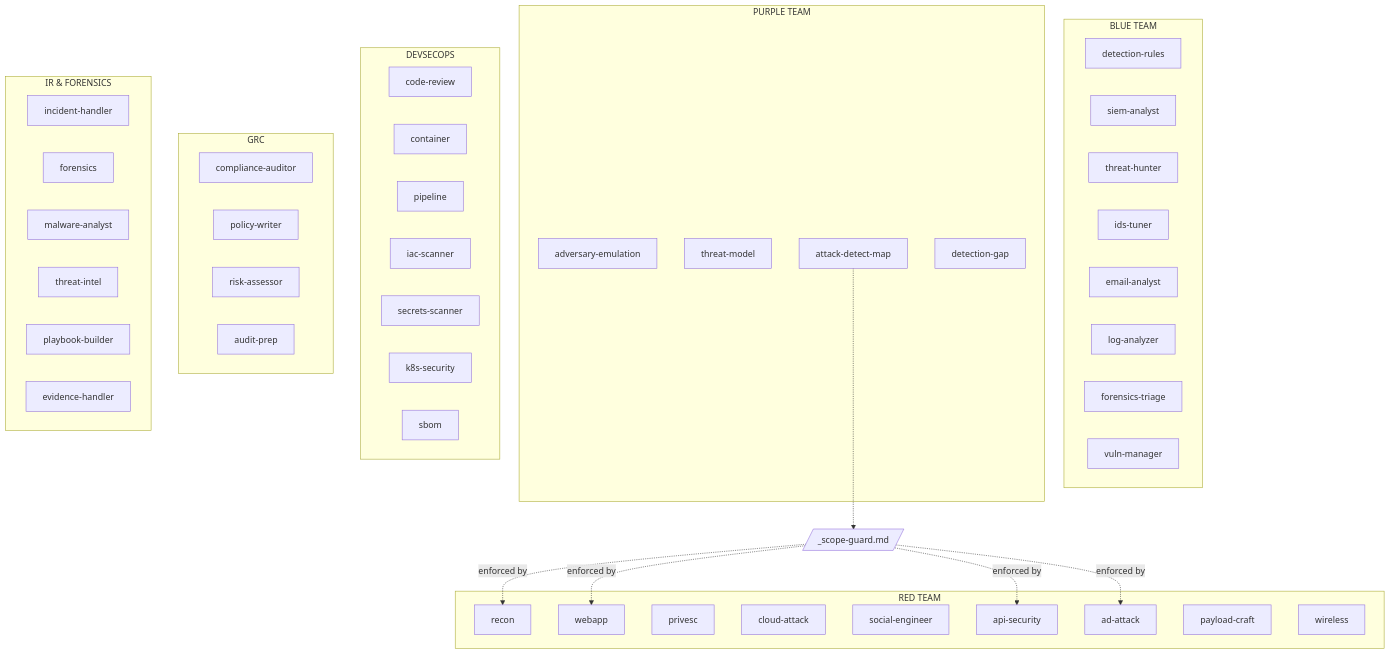
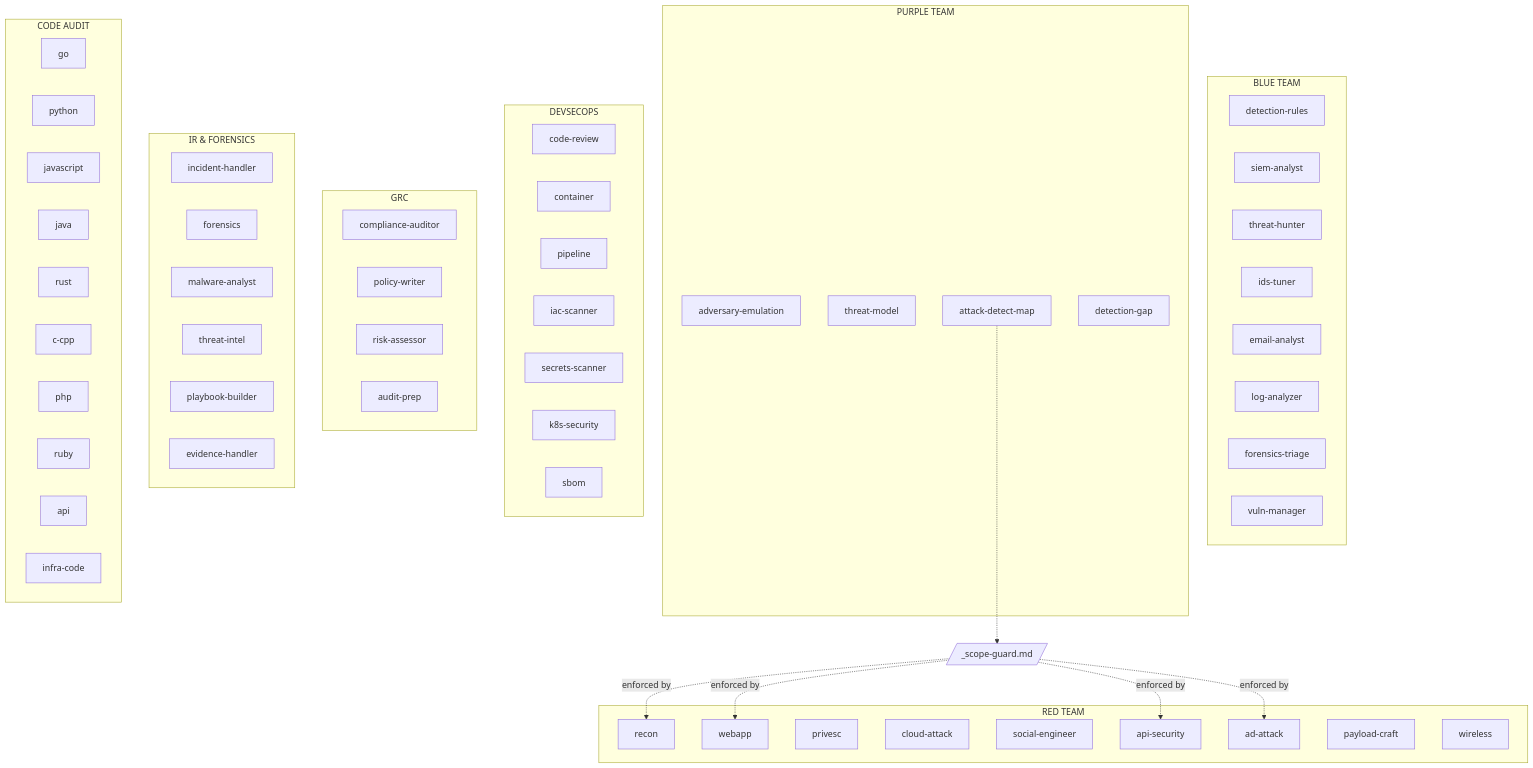
Before and after one commit to AbrahamOP/claude-security-agents: the diagram in README.md, drawn with Mermaid. The commit also changed other lines of this file and 11 other files, not shown here.

First line of the commit message:
feat: code audit category — 10 language-specific agents (48 total)

````diff
--- a/README.md
+++ b/README.md
@@ -67,62 +67,75 @@
 ```mermaid
 graph TB
     subgraph "BLUE TEAM"
         B1[detection-rules]
         B2[siem-analyst]
         B3[threat-hunter]
         B4[ids-tuner]
         B5[email-analyst]
         B6[log-analyzer]
         B7[forensics-triage]
         B8[vuln-manager]
     end
 
     subgraph "RED TEAM"
         R1[recon]
         R2[webapp]
         R3[privesc]
         R4[cloud-attack]
         R5[social-engineer]
         R6[api-security]
         R7[ad-attack]
         R8[payload-craft]
         R9[wireless]
     end
 
     subgraph "PURPLE TEAM"
         P1[adversary-emulation]
         P2[threat-model]
         P3[attack-detect-map]
         P4[detection-gap]
     end
 
     subgraph "DEVSECOPS"
         D1[code-review]
         D2[container]
         D3[pipeline]
         D4[iac-scanner]
         D5[secrets-scanner]
         D6[k8s-security]
         D7[sbom]
     end
 
     subgraph "GRC"
         G1[compliance-auditor]
         G2[policy-writer]
         G3[risk-assessor]
         G4[audit-prep]
     end
 
     subgraph "IR & FORENSICS"
         I1[incident-handler]
         I2[forensics]
         I3[malware-analyst]
         I4[threat-intel]
         I5[playbook-builder]
         I6[evidence-handler]
     end
 
+    subgraph "CODE AUDIT"
+        A1[go]
+        A2[python]
+        A3[javascript]
+        A4[java]
+        A5[rust]
+        A6[c-cpp]
+        A7[php]
+        A8[ruby]
+        A9[api]
+        A10[infra-code]
+    end
+
     SG[/_scope-guard.md/]
     SG -.->|enforced by| R1 & R2 & R6 & R7
     P3 -.-> SG
 ```
````
